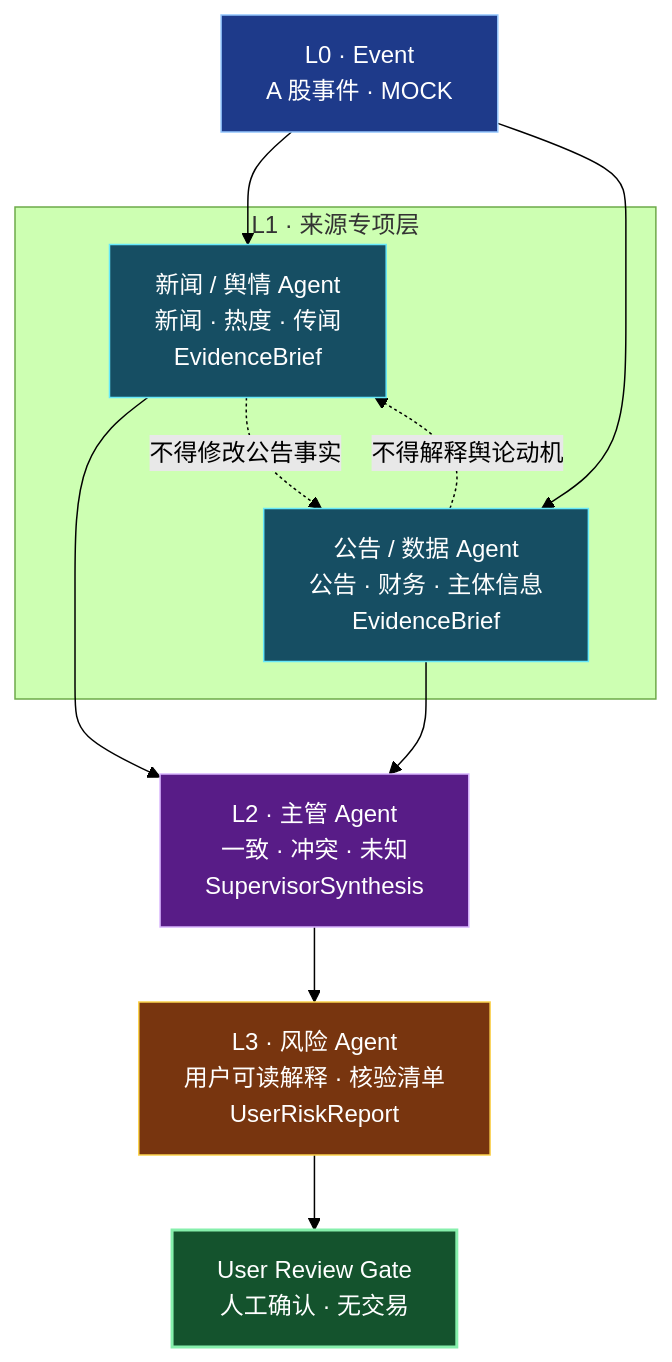
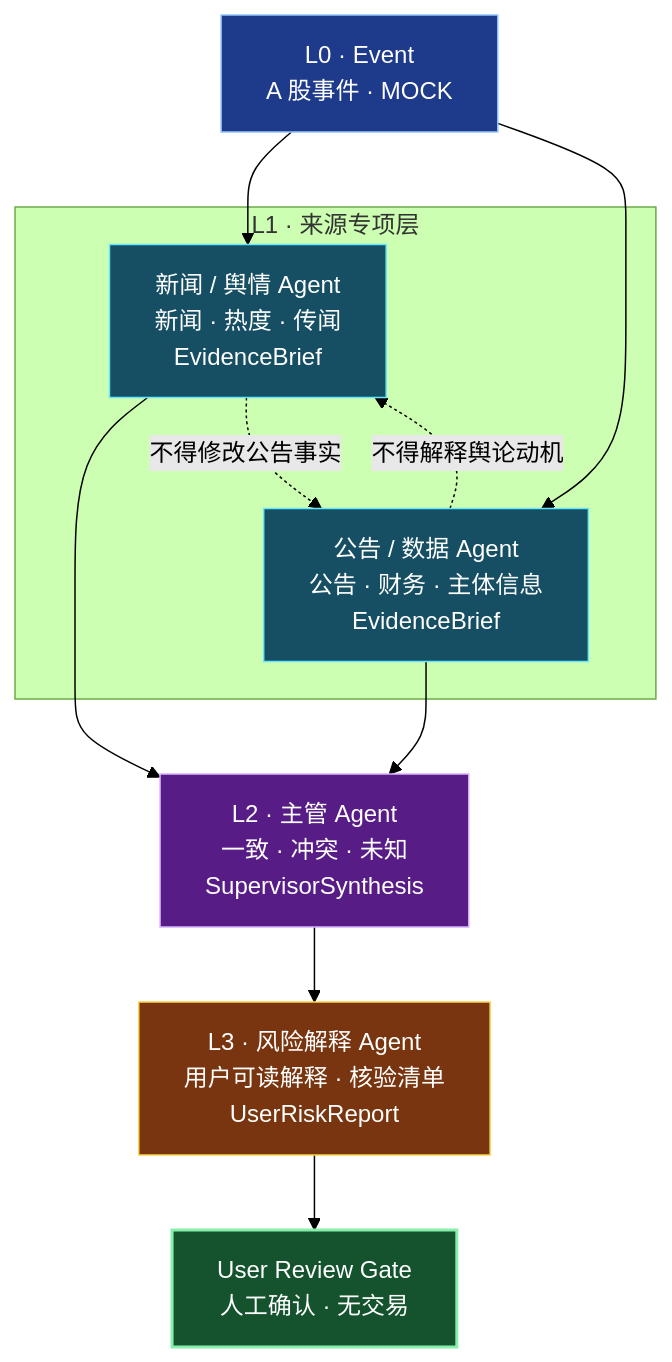
The diagram in docs/roadshow/diagrams/agent-hierarchy.mmd (mungbean138516-jpg/orglab-sentinel), drawn with Mermaid (forest theme) before and after one commit. The commit also changed 26 other files, not shown here.

```diff
--- a/docs/roadshow/diagrams/agent-hierarchy.mmd
+++ b/docs/roadshow/diagrams/agent-hierarchy.mmd
@@ -1,33 +1,33 @@
 flowchart TB
     E["L0 · Event<br/>A 股事件 · MOCK"]
 
     subgraph SPECIALISTS["L1 · 来源专项层"]
         N["新闻 / 舆情 Agent<br/>新闻 · 热度 · 传闻<br/>EvidenceBrief"]
         D["公告 / 数据 Agent<br/>公告 · 财务 · 主体信息<br/>EvidenceBrief"]
     end
 
     S["L2 · 主管 Agent<br/>一致 · 冲突 · 未知<br/>SupervisorSynthesis"]
-    R["L3 · 风险 Agent<br/>用户可读解释 · 核验清单<br/>UserRiskReport"]
+    R["L3 · 风险解释 Agent<br/>用户可读解释 · 核验清单<br/>UserRiskReport"]
     H["User Review Gate<br/>人工确认 · 无交易"]
 
     E --> N
     E --> D
     N --> S
     D --> S
     S --> R
     R --> H
 
     N -.不得修改公告事实.-> D
     D -.不得解释舆论动机.-> N
 
     classDef input fill:#1e3a8a,color:#ffffff,stroke:#93c5fd;
     classDef specialist fill:#164e63,color:#ffffff,stroke:#67e8f9;
     classDef supervisor fill:#581c87,color:#ffffff,stroke:#d8b4fe;
     classDef risk fill:#78350f,color:#ffffff,stroke:#fcd34d;
     classDef gate fill:#14532d,color:#ffffff,stroke:#86efac,stroke-width:2px;
 
     class E input;
     class N,D specialist;
     class S supervisor;
     class R risk;
     class H gate;
```
